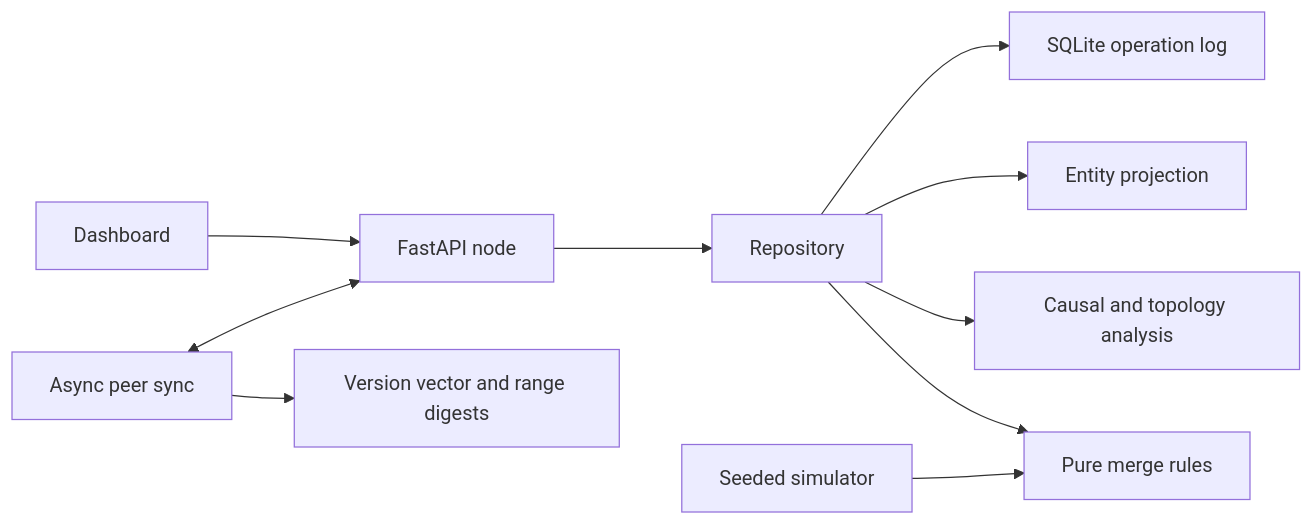
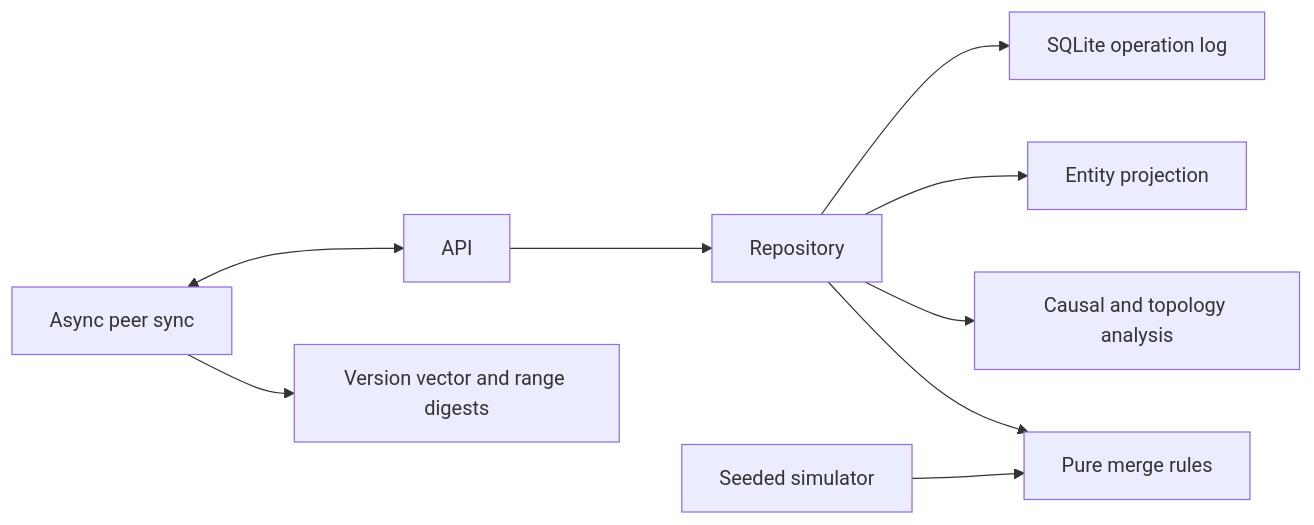
The diagram in docs/architecture.md (nihalmachhi/SyncMesh), drawn with Mermaid before and after one commit. The commit also changed other lines of this file and 23 other files, not shown here.

````diff
--- a/docs/architecture.md
+++ b/docs/architecture.md
@@ -8,12 +8,11 @@
 ```mermaid
 flowchart LR
-  UI[Dashboard] --> API[FastAPI node]
   API --> REPO[Repository]
   REPO --> LOG[SQLite operation log]
   REPO --> VIEW[Entity projection]
   SYNC[Async peer sync] <--> API
   SYNC --> DIGEST[Version vector and range digests]
   REPO --> GRAPH[Causal and topology analysis]
   SIM[Seeded simulator] --> MERGE[Pure merge rules]
   REPO --> MERGE
 ```
````
